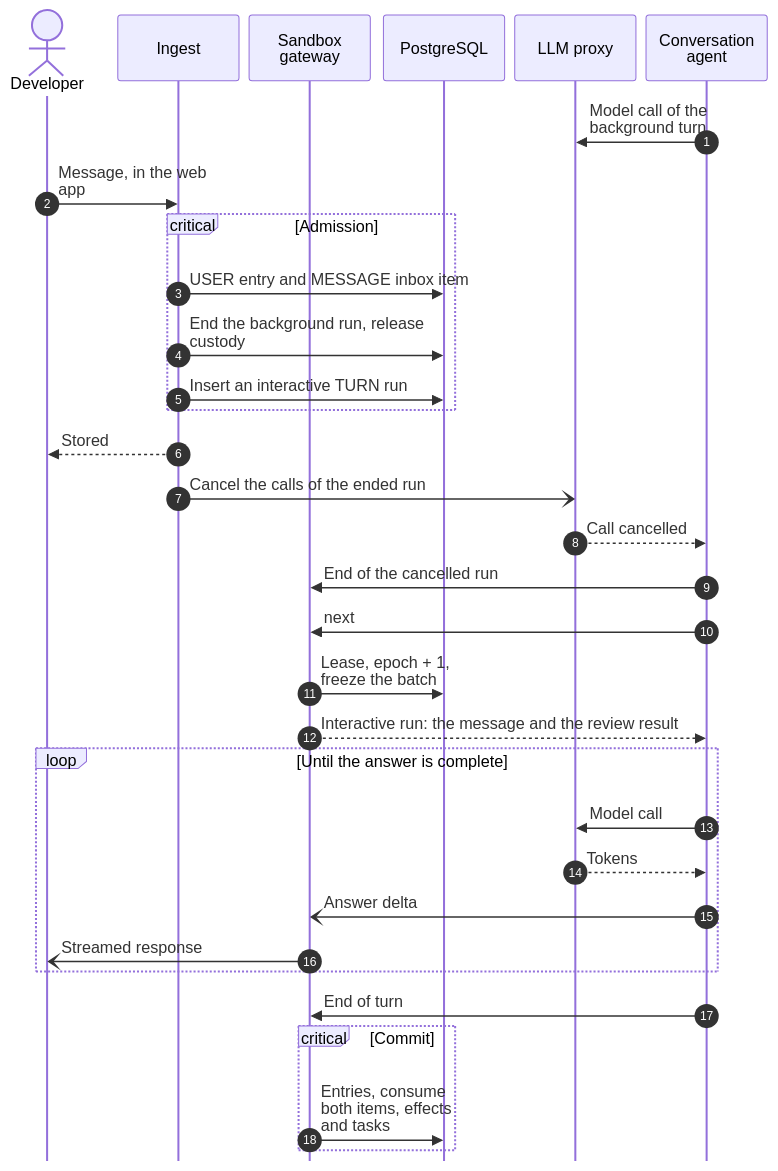
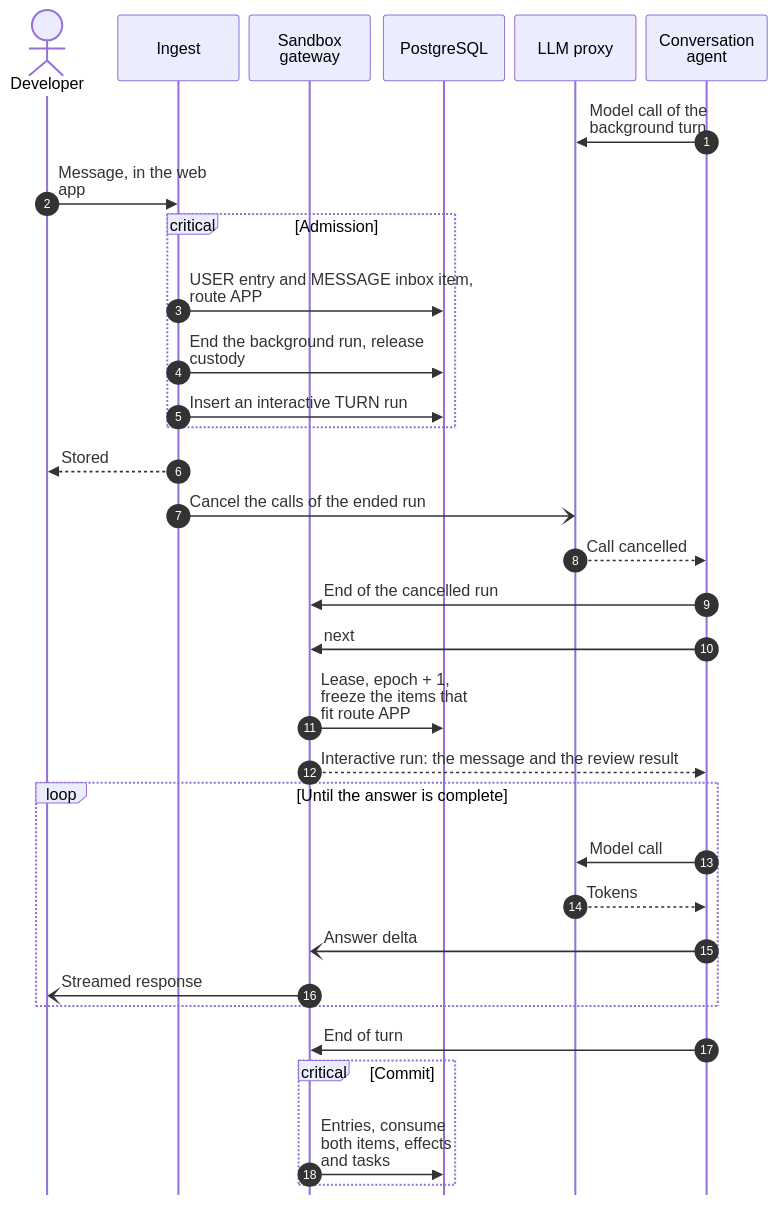
The eighth of 12 diagrams in docs/contributor/conversation-core.mdx (hephaestus-build/Hephaestus), drawn with Mermaid before and after one commit. The commit also changed other lines of this file and 3 other files, not shown here.

````diff
--- a/docs/contributor/conversation-core.mdx
+++ b/docs/contributor/conversation-core.mdx
@@ -396,45 +503,45 @@
 ```mermaid
 ---
 config:
   sequence:
     actorMargin: 10
     width: 120
     wrap: true
     messageAlign: left
     mirrorActors: false
 ---
 sequenceDiagram
     accTitle: A message during a background turn
-    accDescr: A background turn of the conversation agent on the main thread works on a review result. The developer sends a message. Admission stores the message, ends the background run and inserts an interactive run in one transaction, and tells the LLM proxy to cancel the call in flight. The conversation agent reports the end and leases the new run, whose batch holds the message and the review result. The turn streams its answer and commits.
+    accDescr: A background turn of the conversation agent on the main thread works on a review result. The developer sends a message in the web app. Admission stores the message, ends the background run and inserts an interactive run in one transaction, and tells the LLM proxy to cancel the call in flight. The conversation agent reports the end and leases the new run. Its batch takes the pending items that fit the route APP, here the message and the review result. An item for another route stays pending. The turn streams its answer and commits.
     autonumber
     actor D as Developer
     participant I as Ingest
     participant G as Sandbox gateway
     participant DB as PostgreSQL
     participant P as LLM proxy
     participant M as Conversation agent
     M->>P: Model call of the background turn
     D->>I: Message, in the web app
     critical Admission
-        I->>DB: USER entry and MESSAGE inbox item
+        I->>DB: USER entry and MESSAGE inbox item, route APP
         I->>DB: End the background run, release custody
         I->>DB: Insert an interactive TURN run
     end
     I-->>D: Stored
     I-)P: Cancel the calls of the ended run
     P-->>M: Call cancelled
     M->>G: End of the cancelled run
     M->>G: next
-    G->>DB: Lease, epoch + 1, freeze the batch
+    G->>DB: Lease, epoch + 1, freeze the items that fit route APP
     G-->>M: Interactive run: the message and the review result
     loop Until the answer is complete
         M->>P: Model call
         P-->>M: Tokens
         M-)G: Answer delta
         G-)D: Streamed response
     end
     M->>G: End of turn
     critical Commit
         G->>DB: Entries, consume both items, effects and tasks
     end
 ```
````
